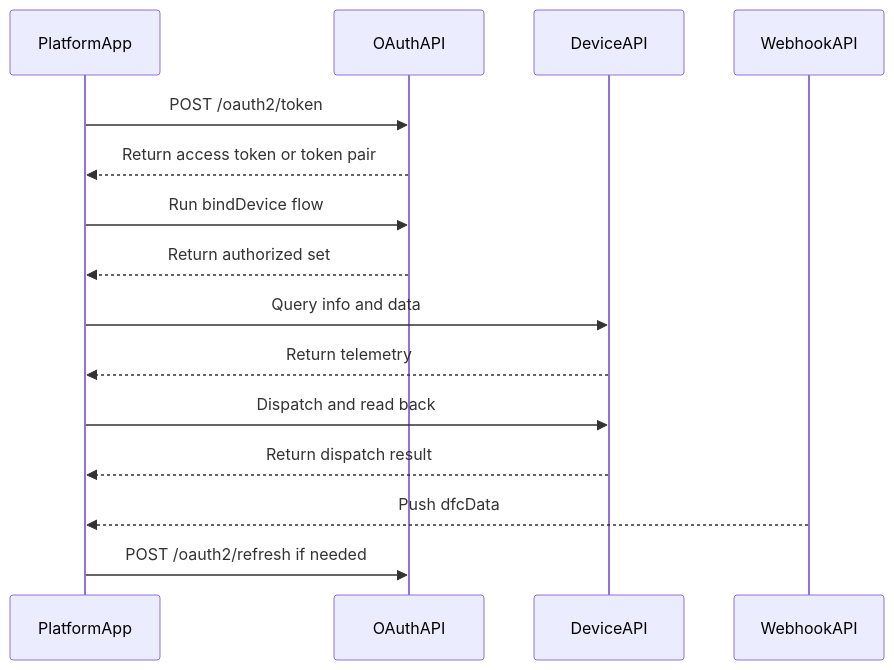
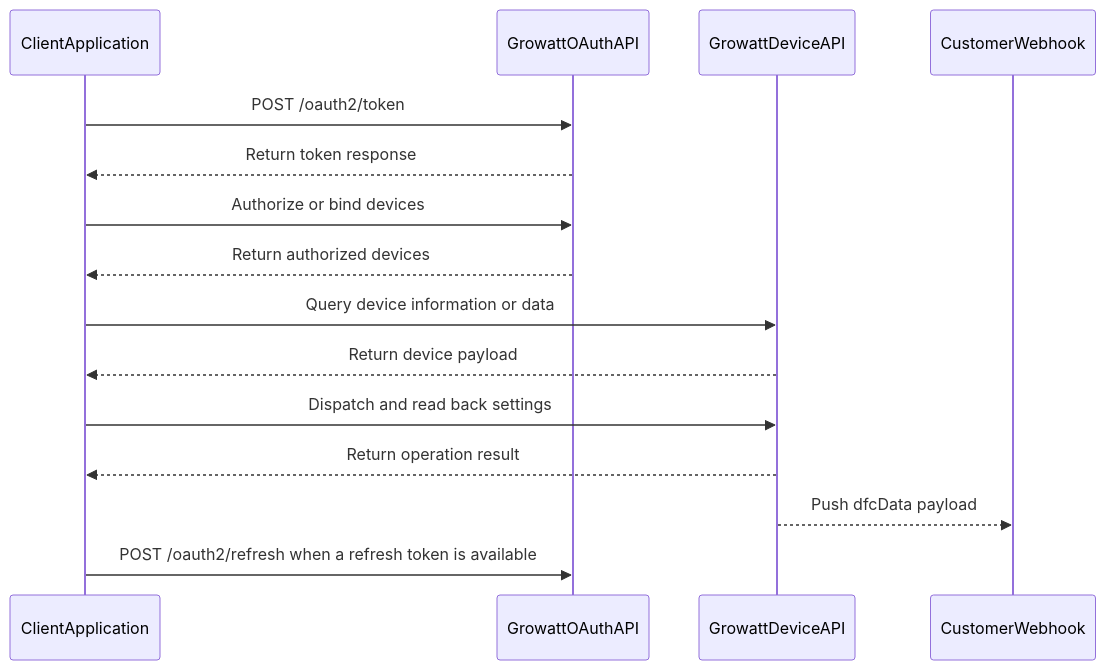
Before and after one commit to EugeneJian/growatt-unified-api: the second of 2 diagrams in Growatt API/OPENAPI/README.md, drawn with Mermaid. The commit also changed other lines of this file and 46 other files, not shown here.

````diff
--- a/Growatt API/OPENAPI/README.md
+++ b/Growatt API/OPENAPI/README.md
@@ -25,19 +22,18 @@
 ```mermaid
-%% 本代码严格遵循AI生成Mermaid代码的终极准则v4.1（Mermaid终极大师）
 sequenceDiagram
-    participant Platform as PlatformApp
-    participant OAuth as OAuthAPI
-    participant Device as DeviceAPI
-    participant Push as WebhookAPI
+    participant App as ClientApplication
+    participant OAuth as GrowattOAuthAPI
+    participant Device as GrowattDeviceAPI
+    participant Push as CustomerWebhook
 
-    Platform->>OAuth: POST /oauth2/token
-    OAuth-->>Platform: Return access token or token pair
-    Platform->>OAuth: Run bindDevice flow
-    OAuth-->>Platform: Return authorized set
-    Platform->>Device: Query info and data
-    Device-->>Platform: Return telemetry
-    Platform->>Device: Dispatch and read back
-    Device-->>Platform: Return dispatch result
-    Push-->>Platform: Push dfcData
-    Platform->>OAuth: POST /oauth2/refresh if needed
+    App->>OAuth: POST /oauth2/token
+    OAuth-->>App: Return token response
+    App->>OAuth: Authorize or bind devices
+    OAuth-->>App: Return authorized devices
+    App->>Device: Query device information or data
+    Device-->>App: Return device payload
+    App->>Device: Dispatch and read back settings
+    Device-->>App: Return operation result
+    Device-->>Push: Push dfcData payload
+    App->>OAuth: POST /oauth2/refresh when a refresh token is available
 ```
````
